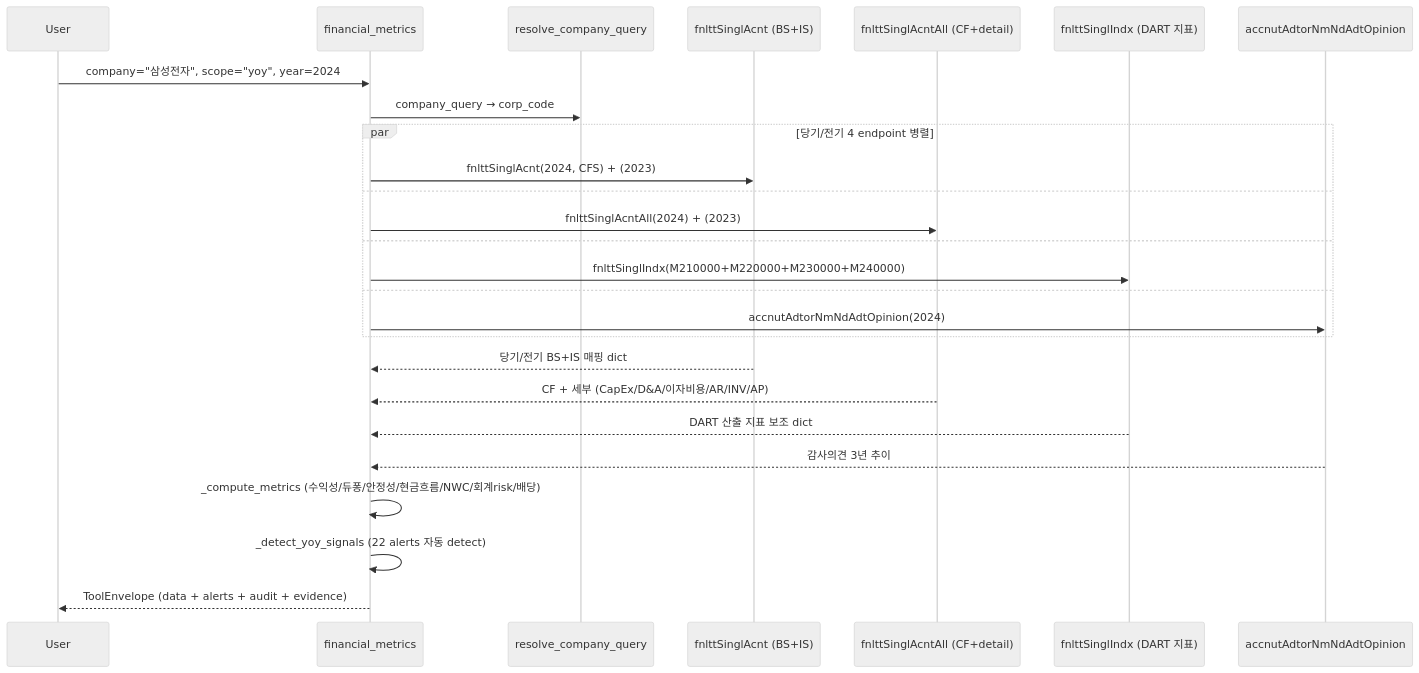
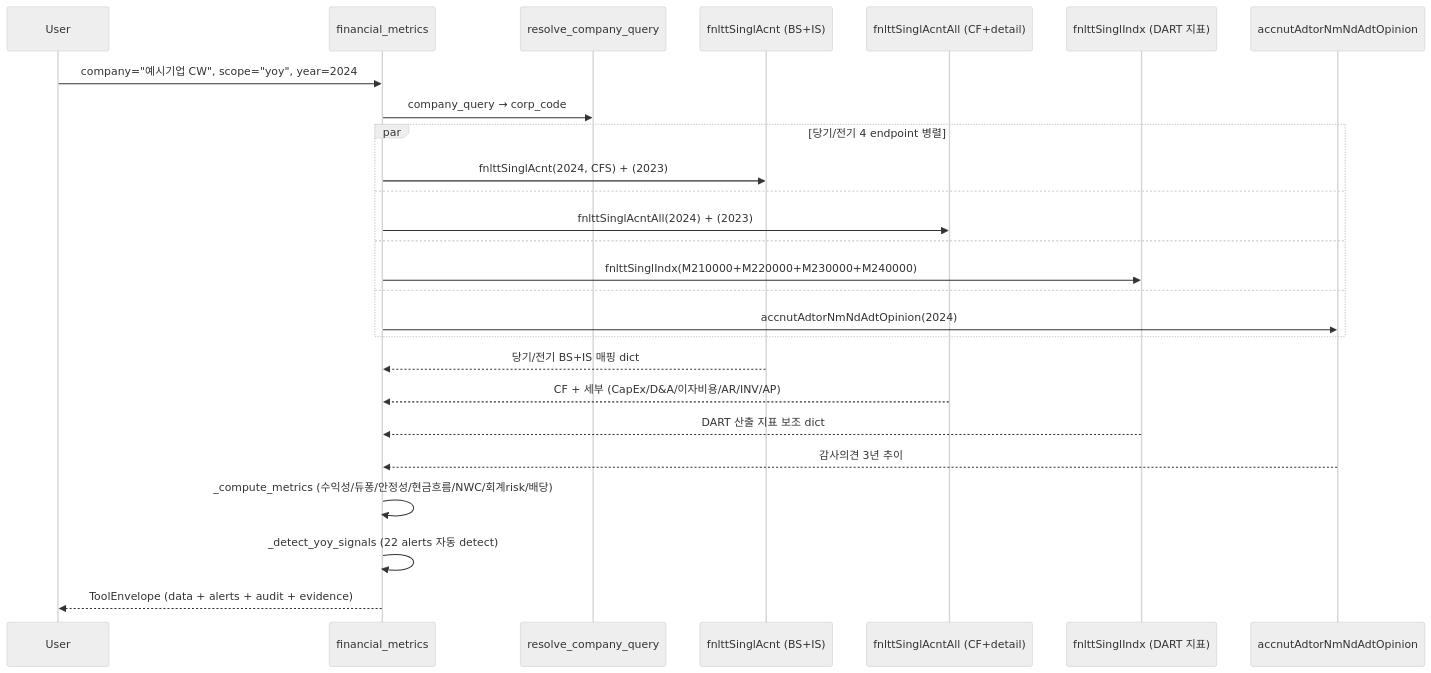
Before and after one commit to MarcoYou/open-proxy-mcp: the diagram in wiki/tools/financial_metrics.md, drawn with Mermaid (neutral theme). The commit also changed other lines of this file and 156 other files, not shown here.

````diff
--- a/wiki/tools/financial_metrics.md
+++ b/wiki/tools/financial_metrics.md
@@ -191,28 +193,28 @@
 ```mermaid
 sequenceDiagram
     participant U as User
     participant T as financial_metrics
     participant R as resolve_company_query
     participant D1 as fnlttSinglAcnt (BS+IS)
     participant D2 as fnlttSinglAcntAll (CF+detail)
     participant D3 as fnlttSinglIndx (DART 지표)
     participant D4 as accnutAdtorNmNdAdtOpinion
-    U->>T: company="삼성전자", scope="yoy", year=2024
+    U->>T: company="예시기업 CW", scope="yoy", year=2024
     T->>R: company_query → corp_code
     par 당기/전기 4 endpoint 병렬
         T->>D1: fnlttSinglAcnt(2024, CFS) + (2023)
     and
         T->>D2: fnlttSinglAcntAll(2024) + (2023)
     and
         T->>D3: fnlttSinglIndx(M210000+M220000+M230000+M240000)
     and
         T->>D4: accnutAdtorNmNdAdtOpinion(2024)
     end
     D1-->>T: 당기/전기 BS+IS 매핑 dict
     D2-->>T: CF + 세부 (CapEx/D&A/이자비용/AR/INV/AP)
     D3-->>T: DART 산출 지표 보조 dict
     D4-->>T: 감사의견 3년 추이
     T->>T: _compute_metrics (수익성/듀퐁/안정성/현금흐름/NWC/회계risk/배당)
     T->>T: _detect_yoy_signals (22 alerts 자동 detect)
     T-->>U: ToolEnvelope (data + alerts + audit + evidence)
 ```
````
